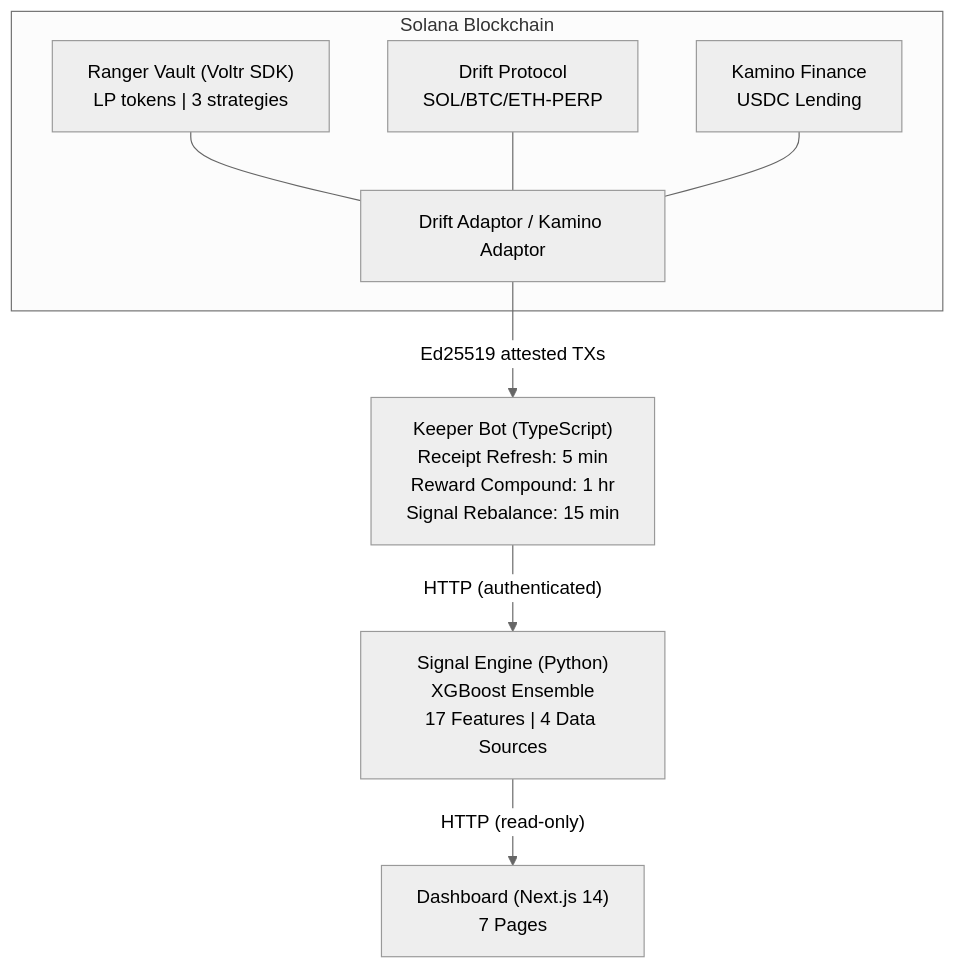
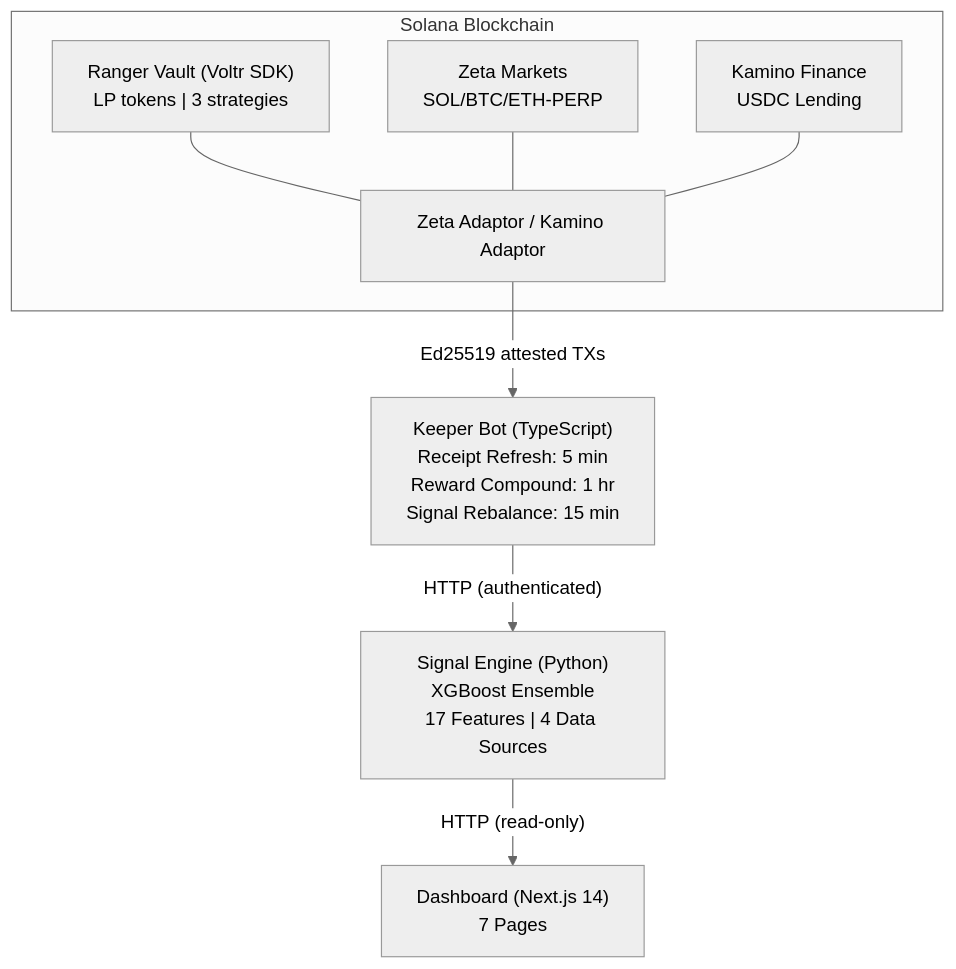
Before and after one commit to Ashutosh0x/ranger-ai-vault: the third of 7 diagrams in README.md, drawn with Mermaid (neutral theme). The commit also changed other lines of this file and 82 other files, not shown here.

Commit message:
feat: pivot from Drift to Zeta Markets and add walk-forward backtest results

````diff
--- a/README.md
+++ b/README.md
@@ -173,24 +173,24 @@
 ```mermaid
 graph TB
     subgraph Solana["Solana Blockchain"]
         Vault["Ranger Vault (Voltr SDK)\nLP tokens | 3 strategies"]
-        DriftP["Drift Protocol\nSOL/BTC/ETH-PERP"]
+        ZetaP["Zeta Markets\nSOL/BTC/ETH-PERP"]
         KaminoP["Kamino Finance\nUSDC Lending"]
-        Adaptors["Drift Adaptor / Kamino Adaptor"]
+        Adaptors["Zeta Adaptor / Kamino Adaptor"]
         Vault --- Adaptors
-        DriftP --- Adaptors
+        ZetaP --- Adaptors
         KaminoP --- Adaptors
     end
 
     Adaptors -->|"Ed25519 attested TXs"| Keeper
 
     Keeper["Keeper Bot (TypeScript)\nReceipt Refresh: 5 min\nReward Compound: 1 hr\nSignal Rebalance: 15 min"]
 
     Keeper -->|"HTTP (authenticated)"| Signal
 
     Signal["Signal Engine (Python)\nXGBoost Ensemble\n17 Features | 4 Data Sources"]
 
     Signal -->|"HTTP (read-only)"| Dashboard
 
     Dashboard["Dashboard (Next.js 14)\n7 Pages"]
 ```
````
